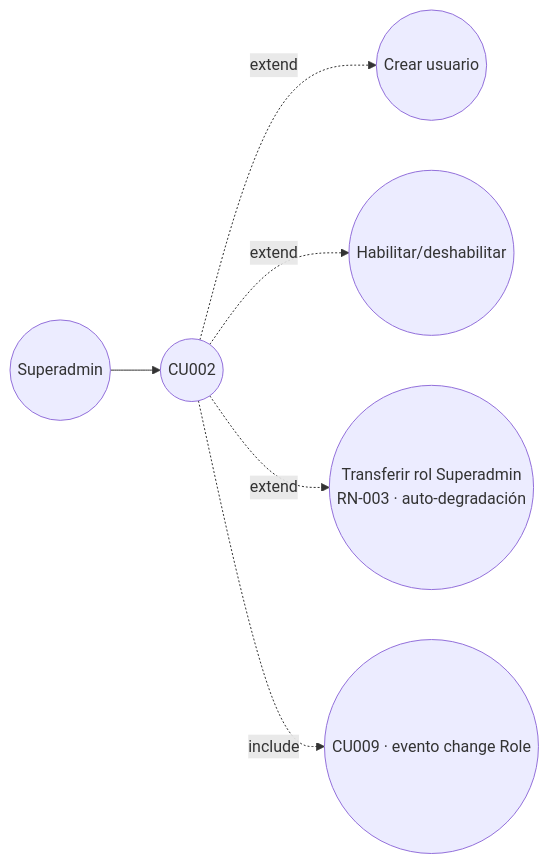
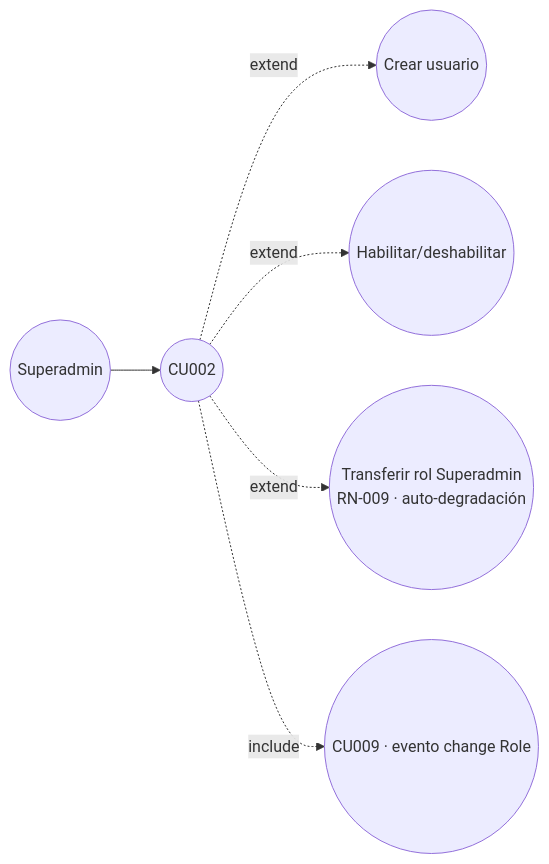
Before and after one commit to lFunkwnon01/igualab_md: the third of 10 diagrams in FASE 1/01-Analisis-y-Diseno/07-Casos-de-Uso-Diagrama.md, drawn with Mermaid. The commit also changed other lines of this file and 82 other files, not shown here.

````diff
--- a/FASE 1/01-Analisis-y-Diseno/07-Casos-de-Uso-Diagrama.md
+++ b/FASE 1/01-Analisis-y-Diseno/07-Casos-de-Uso-Diagrama.md
@@ -77,8 +77,8 @@
 ```mermaid
 flowchart LR
   SA(("Superadmin")) --> CU002((CU002))
   CU002 -.->|extend| CREAR((Crear usuario))
   CU002 -.->|extend| HAB((Habilitar/deshabilitar))
-  CU002 -.->|extend| TRANSF((Transferir rol Superadmin<br/>RN-003 · auto-degradación))
+  CU002 -.->|extend| TRANSF((Transferir rol Superadmin<br/>RN-009 · auto-degradación))
   CU002 -.->|include| AUD((CU009 · evento change Role))
 ```
````
